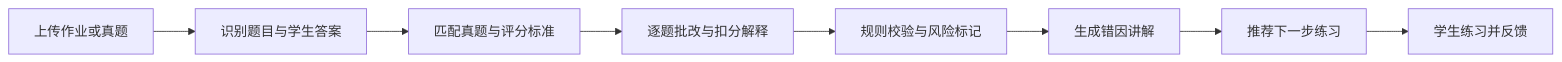
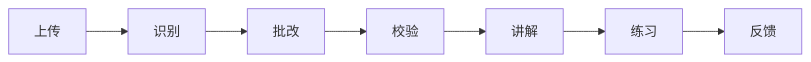
Before and after one commit to berylinureye/alevel-assistant: the diagram in README.md, drawn with Mermaid. The commit also changed other lines of this file and 1 other file, not shown here.

Commit message:
docs: simplify README flow and explain fast mobile mode

````diff
--- a/README.md
+++ b/README.md
@@ -29,10 +27,9 @@
 ```mermaid
 flowchart LR
-  A["上传作业或真题"] --> B["识别题目与学生答案"]
-  B --> C["匹配真题与评分标准"]
-  C --> D["逐题批改与扣分解释"]
-  D --> E["规则校验与风险标记"]
-  E --> F["生成错因讲解"]
-  F --> G["推荐下一步练习"]
-  G --> H["学生练习并反馈"]
+  A["上传"] --> B["识别"]
+  B --> C["批改"]
+  C --> D["校验"]
+  D --> E["讲解"]
+  E --> F["练习"]
+  F --> G["反馈"]
 ```
````
